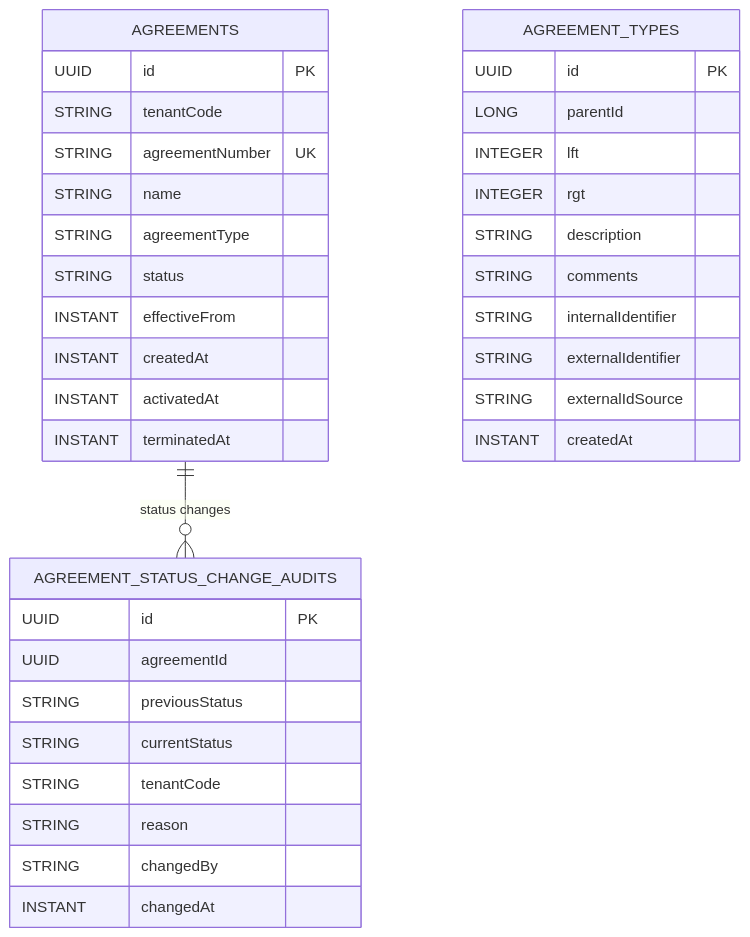
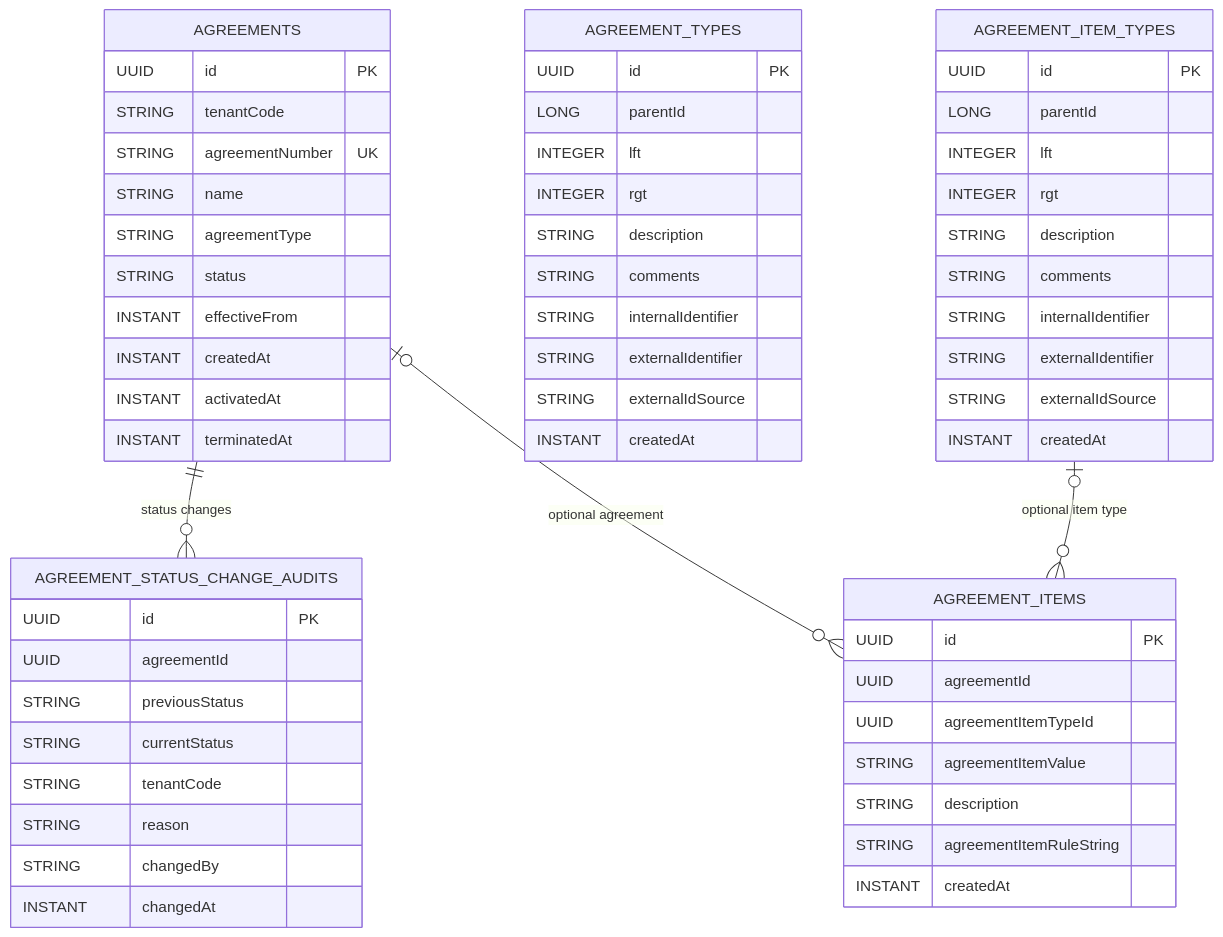
The diagram in docs/agreements-data-model.md (ArcanaERP/platform), drawn with Mermaid before and after one commit. The commit also changed other lines of this file and 18 other files, not shown here.

Commit message:
Add agreement item parity

````diff
--- a/docs/agreements-data-model.md
+++ b/docs/agreements-data-model.md
@@ -7,38 +7,61 @@
 ```mermaid
 erDiagram
     AGREEMENTS {
       UUID id PK
       STRING tenantCode
       STRING agreementNumber UK
       STRING name
       STRING agreementType
       STRING status
       INSTANT effectiveFrom
       INSTANT createdAt
       INSTANT activatedAt
       INSTANT terminatedAt
     }
     AGREEMENT_STATUS_CHANGE_AUDITS {
       UUID id PK
       UUID agreementId
       STRING previousStatus
       STRING currentStatus
       STRING tenantCode
       STRING reason
       STRING changedBy
       INSTANT changedAt
     }
     AGREEMENT_TYPES {
       UUID id PK
       LONG parentId
       INTEGER lft
       INTEGER rgt
       STRING description
       STRING comments
       STRING internalIdentifier
       STRING externalIdentifier
       STRING externalIdSource
       INSTANT createdAt
     }
+    AGREEMENT_ITEM_TYPES {
+      UUID id PK
+      LONG parentId
+      INTEGER lft
+      INTEGER rgt
+      STRING description
+      STRING comments
+      STRING internalIdentifier
+      STRING externalIdentifier
+      STRING externalIdSource
+      INSTANT createdAt
+    }
+    AGREEMENT_ITEMS {
+      UUID id PK
+      UUID agreementId
+      UUID agreementItemTypeId
+      STRING agreementItemValue
+      STRING description
+      STRING agreementItemRuleString
+      INSTANT createdAt
+    }
     AGREEMENTS ||--o{ AGREEMENT_STATUS_CHANGE_AUDITS : "status changes"
+    AGREEMENTS o|--o{ AGREEMENT_ITEMS : "optional agreement"
+    AGREEMENT_ITEM_TYPES o|--o{ AGREEMENT_ITEMS : "optional item type"
 ```
````
